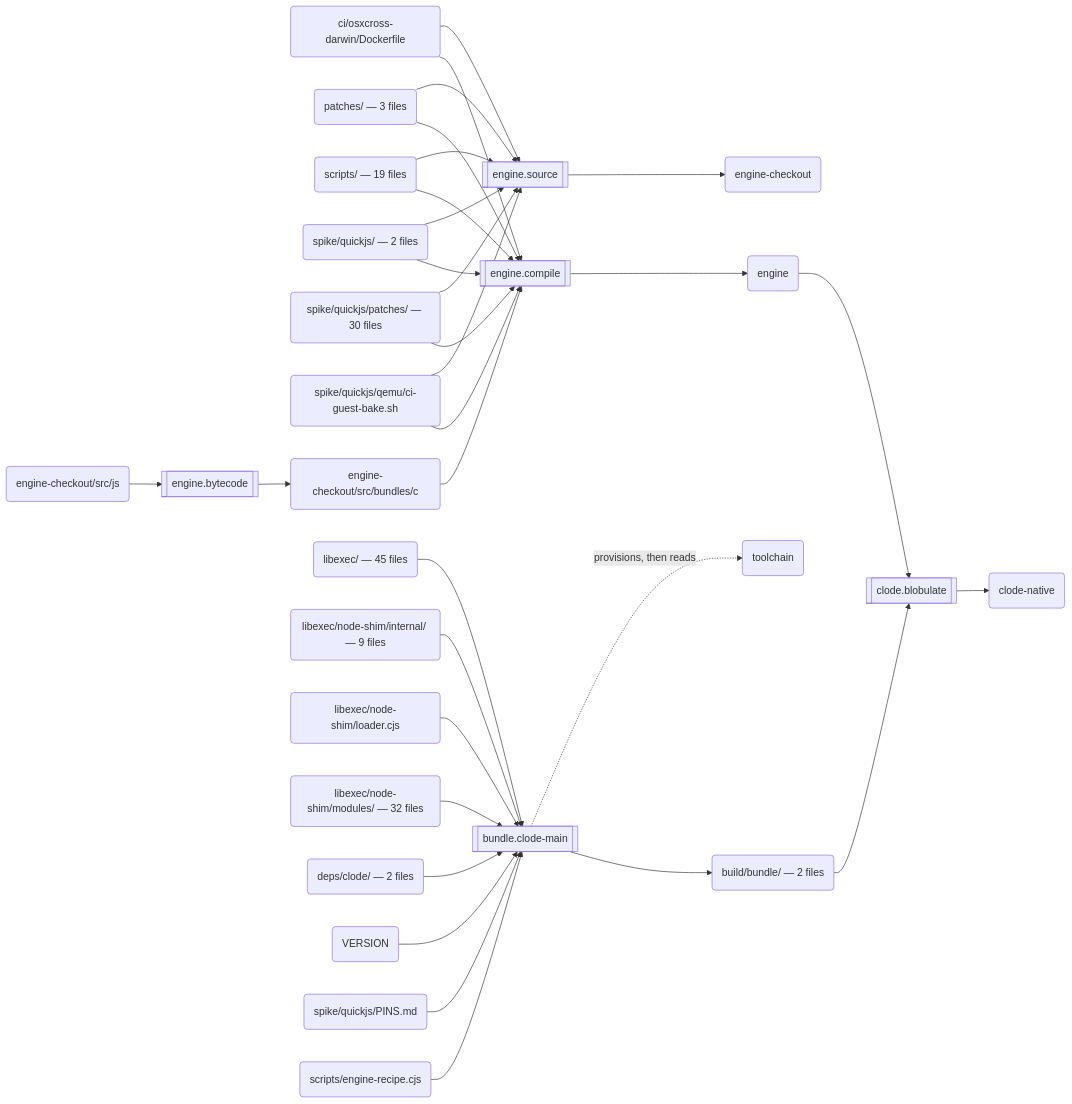
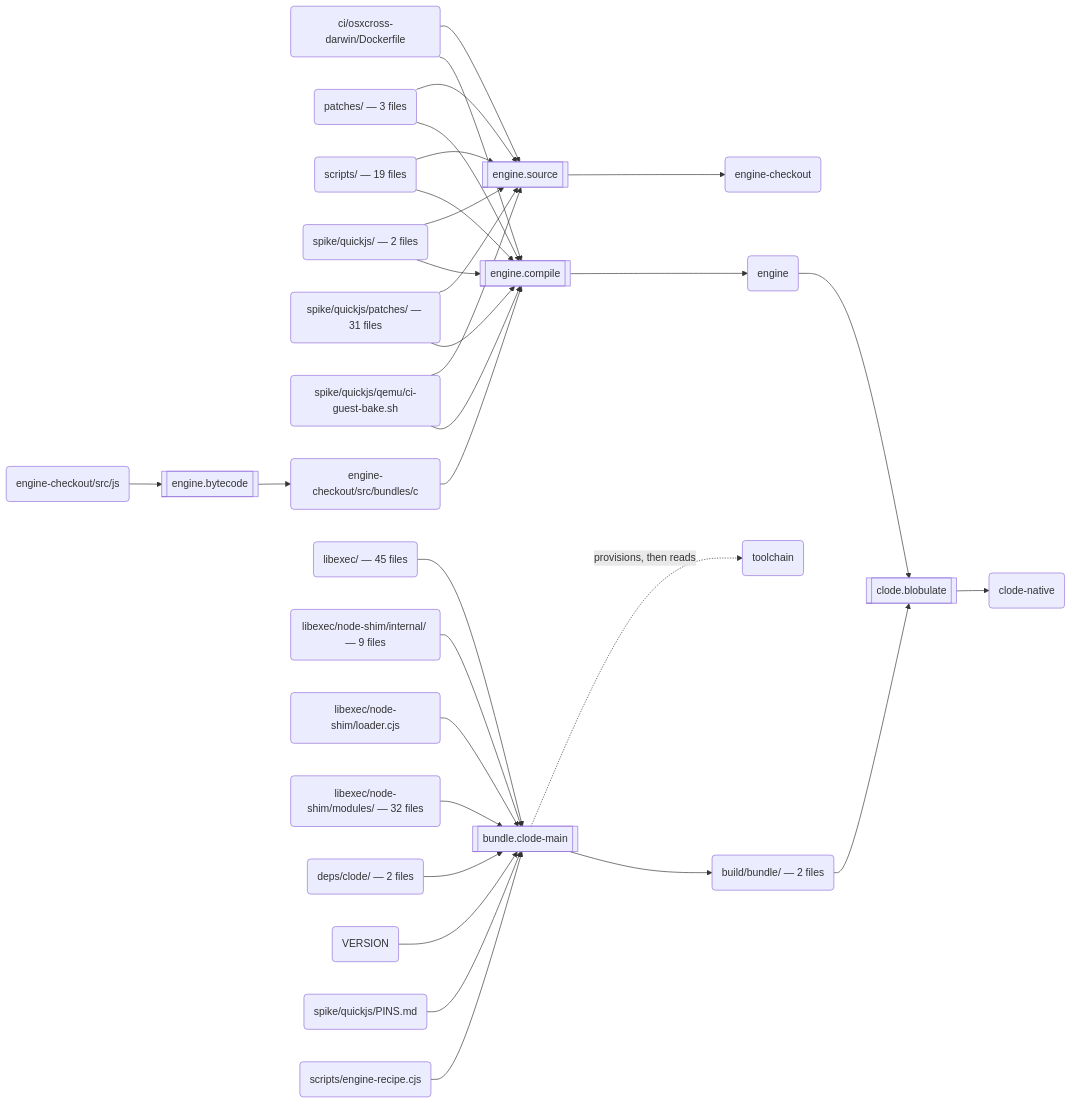
The second of 3 diagrams in docs/build.md (schmonz/clode), drawn with Mermaid before and after one commit. The commit also changed other lines of this file and 2 other files, not shown here.

````diff
--- a/docs/build.md
+++ b/docs/build.md
@@ -123,59 +123,59 @@
 ```mermaid
 flowchart LR
   s0[["engine.source"]]
   a0("ci/osxcross-darwin/Dockerfile")
   a1("patches/ — 3 files")
   a2("scripts/ — 19 files")
   a3("spike/quickjs/ — 2 files")
-  a4("spike/quickjs/patches/ — 30 files")
+  a4("spike/quickjs/patches/ — 31 files")
   a5("spike/quickjs/qemu/ci-guest-bake.sh")
   a6("engine-checkout")
   s1[["engine.bytecode"]]
   a7("engine-checkout/src/js")
   a8("engine-checkout/src/bundles/c")
   s2[["engine.compile"]]
   a9("engine")
   s3[["bundle.clode-main"]]
   a10("libexec/ — 45 files")
   a11("libexec/node-shim/internal/ — 9 files")
   a12("libexec/node-shim/loader.cjs")
   a13("libexec/node-shim/modules/ — 32 files")
   a14("deps/clode/ — 2 files")
   a15("VERSION")
   a16("spike/quickjs/PINS.md")
   a17("scripts/engine-recipe.cjs")
   a18("toolchain")
   a19("build/bundle/ — 2 files")
   s4[["clode.blobulate"]]
   a20("clode-native")
   a0 --> s0
   a1 --> s0
   a2 --> s0
   a3 --> s0
   a4 --> s0
   a5 --> s0
   s0 --> a6
   a7 --> s1
   s1 --> a8
   a8 --> s2
   a0 --> s2
   a1 --> s2
   a2 --> s2
   a3 --> s2
   a4 --> s2
   a5 --> s2
   s2 --> a9
   a10 --> s3
   a11 --> s3
   a12 --> s3
   a13 --> s3
   a14 --> s3
   a15 --> s3
   a16 --> s3
   a17 --> s3
   s3 -.->|"provisions, then reads"| a18
   s3 --> a19
   a9 --> s4
   a19 --> s4
   s4 --> a20
 ```
````
